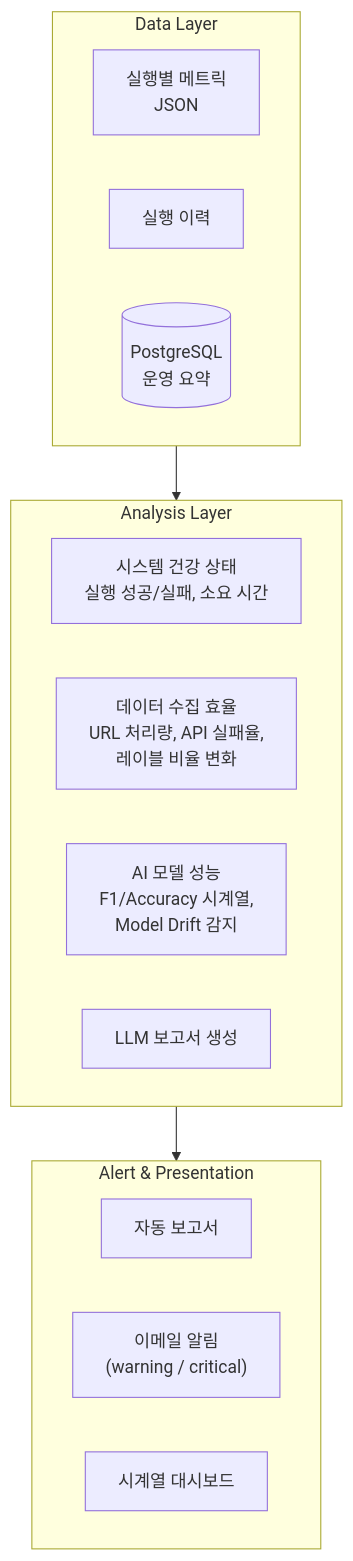
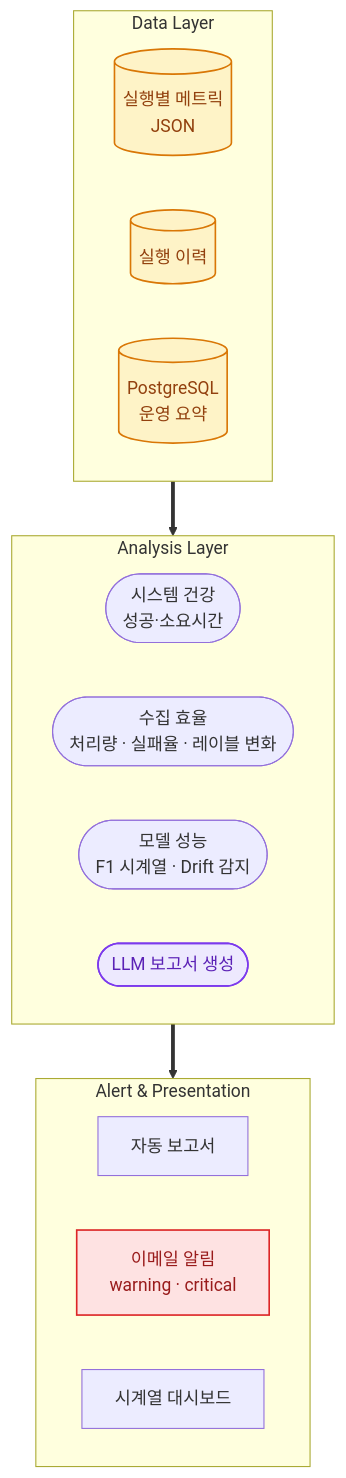
One commit to SJayKim/SJayKim changed the sixth of 12 diagrams in README.md. Above: the diagram before and after it, drawn with Mermaid. The commit also changed other lines of this file, not shown here.

First line of the commit message:
docs: 프로젝트 다이어그램 공통 비주얼 시스템 도입 + 신규 4종 추가

````diff
--- a/README.md
+++ b/README.md
@@ -368,23 +376,33 @@
 ```mermaid
 flowchart TB
-    subgraph DataLayer["Data Layer"]
-        ExecJSON["실행별 메트릭<br/>JSON"]
-        History["실행 이력"]
+    subgraph DL["Data Layer"]
+        direction LR
+        EJ[("실행별 메트릭<br/>JSON")]
+        Hist[("실행 이력")]
         PG[("PostgreSQL<br/>운영 요약")]
     end
 
-    subgraph AnalysisLayer["Analysis Layer"]
-        Check1["시스템 건강 상태<br/>실행 성공/실패, 소요 시간"]
-        Check2["데이터 수집 효율<br/>URL 처리량, API 실패율,<br/>레이블 비율 변화"]
-        Check3["AI 모델 성능<br/>F1/Accuracy 시계열,<br/>Model Drift 감지"]
-        LLM["LLM 보고서 생성"]
+    subgraph AL["Analysis Layer"]
+        direction LR
+        C1(["시스템 건강<br/>성공·소요시간"])
+        C2(["수집 효율<br/>처리량 · 실패율 · 레이블 변화"])
+        C3(["모델 성능<br/>F1 시계열 · Drift 감지"])
+        LLM(["LLM 보고서 생성"])
     end
 
-    subgraph AlertLayer["Alert & Presentation"]
-        Report["자동 보고서"]
-        EmailAlert["이메일 알림<br/>(warning / critical)"]
-        Dashboard["시계열 대시보드"]
+    subgraph PL["Alert & Presentation"]
+        direction LR
+        Rep["자동 보고서"]
+        EA["이메일 알림<br/>warning · critical"]
+        Dash["시계열 대시보드"]
     end
 
-    DataLayer --> AnalysisLayer --> AlertLayer
+    DL ==> AL ==> PL
+
+    classDef data fill:#FEF3C7,stroke:#D97706,stroke-width:1.5px,color:#92400E;
+    classDef ai fill:#EDE9FE,stroke:#7C3AED,stroke-width:1.5px,color:#5B21B6;
+    classDef guard fill:#FEE2E2,stroke:#DC2626,stroke-width:1.5px,color:#991B1B;
+    class EJ,Hist,PG data;
+    class LLM ai;
+    class EA guard;
 ```
````
